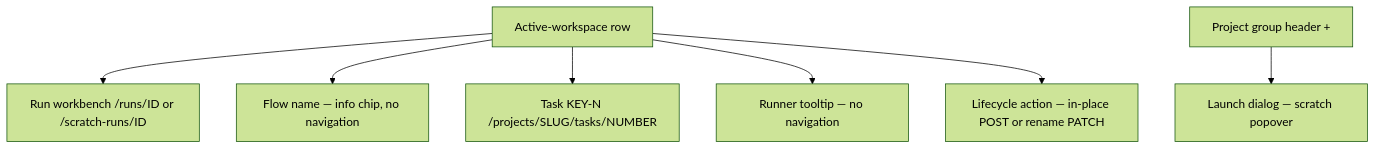
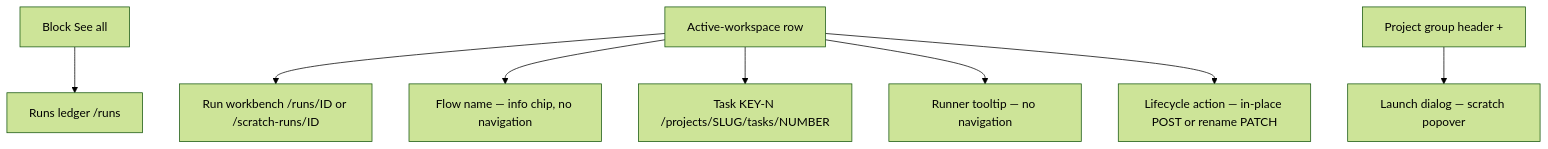
The first of 2 diagrams in docs/screens/chrome/active-workspaces.md (maister-dev/maister), drawn with Mermaid (forest theme) before and after one commit. The commit also changed other lines of this file and 40 other files, not shown here.

First line of the commit message:
feat(scheduler): add typed management cockpit and runs ledger

````diff
--- a/docs/screens/chrome/active-workspaces.md
+++ b/docs/screens/chrome/active-workspaces.md
@@ -68,9 +70,10 @@
 ```mermaid
 flowchart TD
+    SeeAll["Block See all"] --> RunsLedger["Runs ledger /runs"]
     Row["Active-workspace row"] --> Run["Run workbench /runs/ID or /scratch-runs/ID"]
     Row --> Flow["Flow name — info chip, no navigation"]
     Row --> Task["Task KEY-N /projects/SLUG/tasks/NUMBER"]
     Row --> Runner["Runner tooltip — no navigation"]
     Row --> Act["Lifecycle action — in-place POST or rename PATCH"]
     Group["Project group header +"] --> Launch["Launch dialog — scratch popover"]
 ```
````
